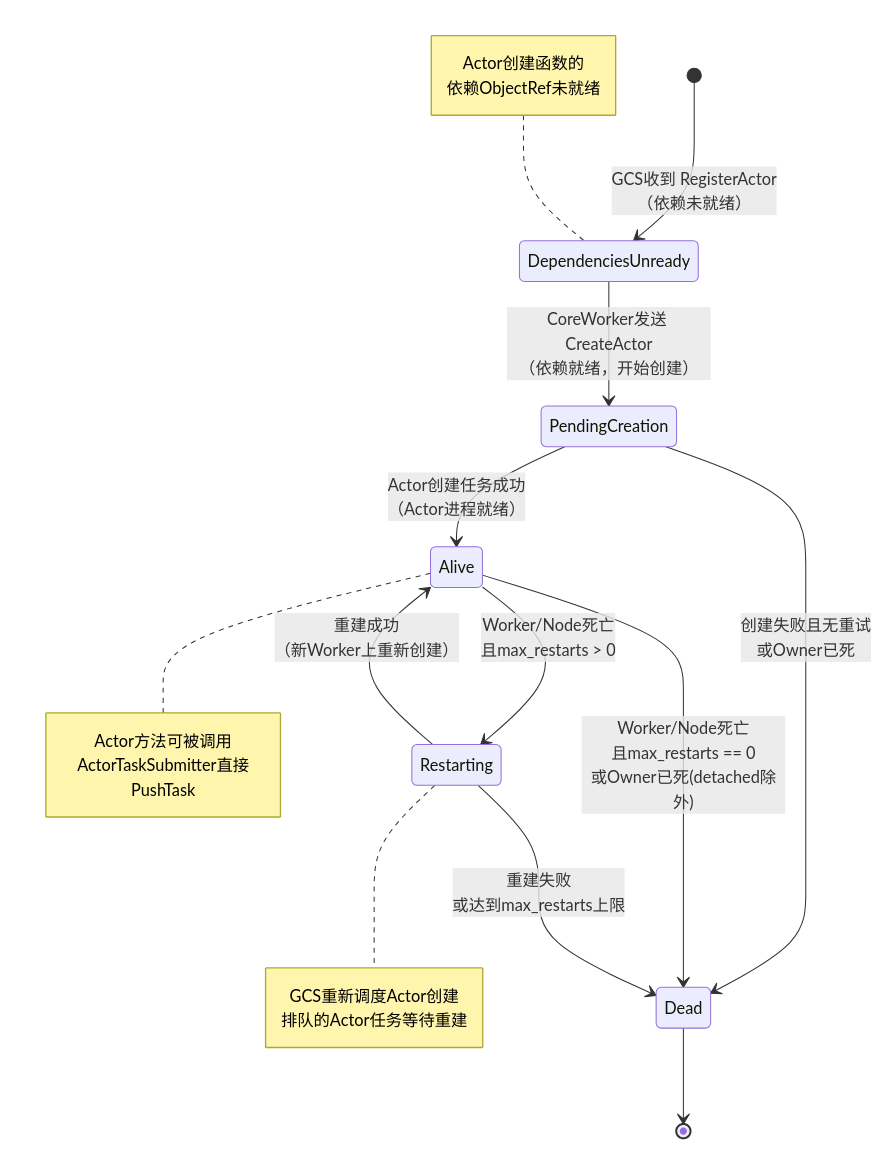
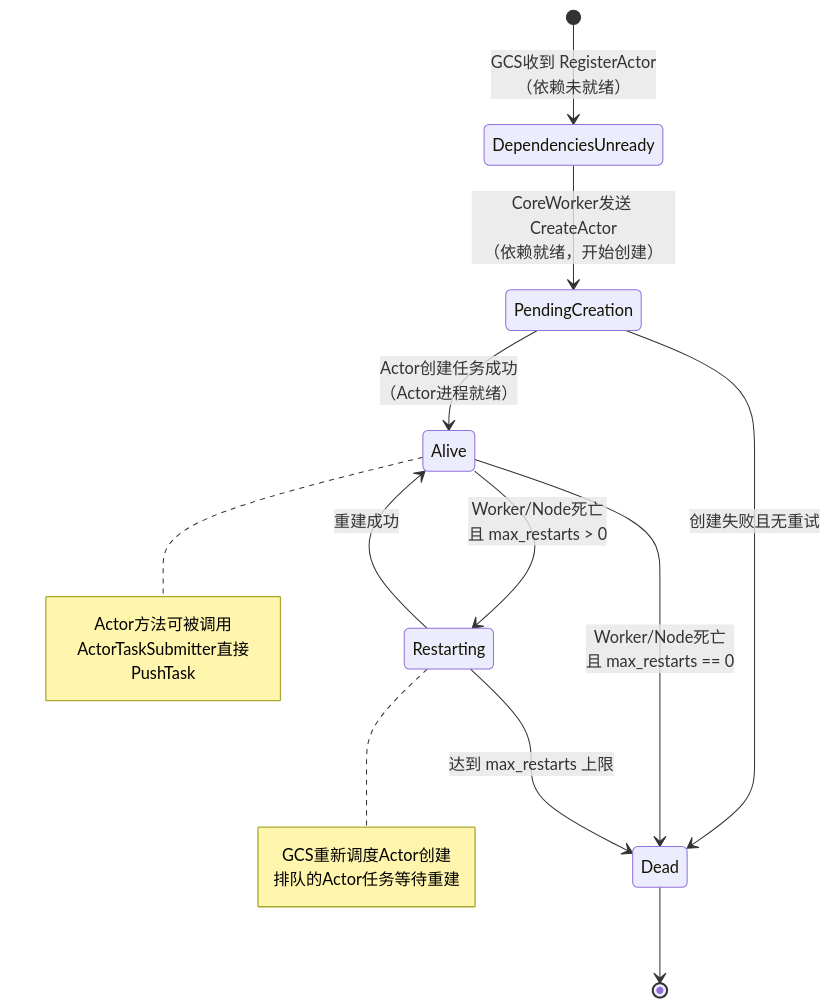
One commit to wangguimin18-boop/ray-project changed the fifth of 7 diagrams in doc/source/ray-core/ray-architecture-overview.md. Above: the diagram before and after it, drawn with Mermaid. The commit also changed other lines of this file, not shown here.

````diff
--- a/doc/source/ray-core/ray-architecture-overview.md
+++ b/doc/source/ray-core/ray-architecture-overview.md
@@ -486,21 +717,20 @@
 ```mermaid
 stateDiagram-v2
     [*] --> DependenciesUnready: GCS收到 RegisterActor<br>（依赖未就绪）
 
     DependenciesUnready --> PendingCreation: CoreWorker发送 CreateActor<br>（依赖就绪，开始创建）
 
     PendingCreation --> Alive: Actor创建任务成功<br>（Actor进程就绪）
-    PendingCreation --> Dead: 创建失败且无重试<br>或Owner已死
+    PendingCreation --> Dead: 创建失败且无重试
 
-    Alive --> Restarting: Worker/Node死亡<br>且max_restarts > 0
-    Alive --> Dead: Worker/Node死亡<br>且max_restarts == 0<br>或Owner已死(detached除外)
+    Alive --> Restarting: Worker/Node死亡<br>且 max_restarts > 0
+    Alive --> Dead: Worker/Node死亡<br>且 max_restarts == 0
 
-    Restarting --> Alive: 重建成功<br>（新Worker上重新创建）
-    Restarting --> Dead: 重建失败<br>或达到max_restarts上限
+    Restarting --> Alive: 重建成功
+    Restarting --> Dead: 达到 max_restarts 上限
 
     Dead --> [*]
 
     note right of Alive: Actor方法可被调用<br>ActorTaskSubmitter直接PushTask
     note right of Restarting: GCS重新调度Actor创建<br>排队的Actor任务等待重建
-    note left of DependenciesUnready: Actor创建函数的<br>依赖ObjectRef未就绪
 ```
````
